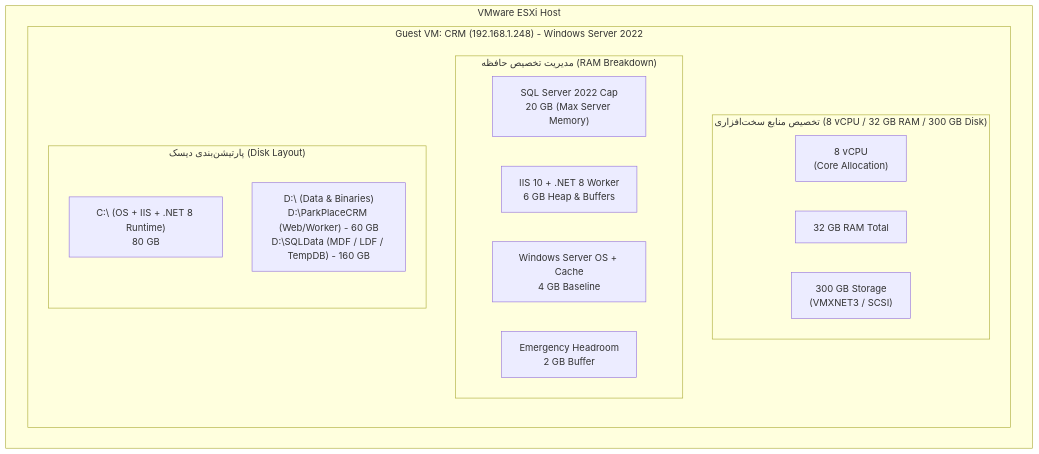
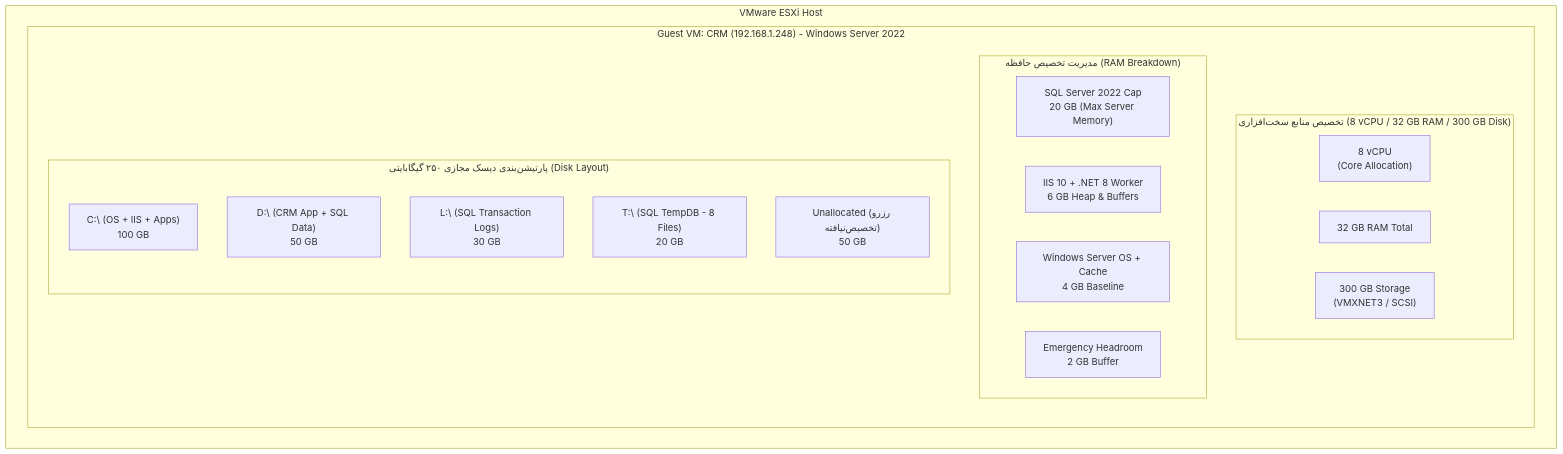
The first of 2 diagrams in docs/VM01_Single_VM_Architecture_Specification.md (javad949/ParkPalace), drawn with Mermaid before and after one commit. The commit also changed other lines of this file and 1 other file, not shown here.

Commit message:
docs(vm-01): update virtual disk capacity to 250GB and partition layout C/D/L/T

````diff
--- a/docs/VM01_Single_VM_Architecture_Specification.md
+++ b/docs/VM01_Single_VM_Architecture_Specification.md
@@ -35,25 +35,28 @@
 ```mermaid
 graph TB
     subgraph ESXi["VMware ESXi Host"]
         subgraph VM01["Guest VM: CRM (192.168.1.248) - Windows Server 2022"]
             direction TB
             subgraph RES["تخصیص منابع سخت‌افزاری (8 vCPU / 32 GB RAM / 300 GB Disk)"]
                 CPU["8 vCPU<br/>(Core Allocation)"]
                 RAM["32 GB RAM Total"]
                 DISK["300 GB Storage<br/>(VMXNET3 / SCSI)"]
             end
             
             subgraph RAM_SPLIT["مدیریت تخصیص حافظه (RAM Breakdown)"]
                 SQL_RAM["SQL Server 2022 Cap<br/>20 GB (Max Server Memory)"]
                 APP_RAM["IIS 10 + .NET 8 Worker<br/>6 GB Heap & Buffers"]
                 OS_RAM["Windows Server OS + Cache<br/>4 GB Baseline"]
                 HEADROOM["Emergency Headroom<br/>2 GB Buffer"]
             end
             
-            subgraph DISK_SPLIT["پارتیشن‌بندی دیسک (Disk Layout)"]
-                DRIVE_C["C:\ (OS + IIS + .NET 8 Runtime)<br/>80 GB"]
-                DRIVE_D["D:\ (Data & Binaries)<br/>D:\ParkPlaceCRM (Web/Worker) - 60 GB<br/>D:\SQLData (MDF / LDF / TempDB) - 160 GB"]
+            subgraph DISK_SPLIT["پارتیشن‌بندی دیسک مجازی ۲۵۰ گیگابایتی (Disk Layout)"]
+                DRIVE_C["C:\ (OS + IIS + Apps)<br/>100 GB"]
+                DRIVE_D["D:\ (CRM App + SQL Data)<br/>50 GB"]
+                DRIVE_L["L:\ (SQL Transaction Logs)<br/>30 GB"]
+                DRIVE_T["T:\ (SQL TempDB - 8 Files)<br/>20 GB"]
+                UNALLOCATED["Unallocated (رزرو تخصیص‌نیافته)<br/>50 GB"]
             end
         end
     end
 ```
````
